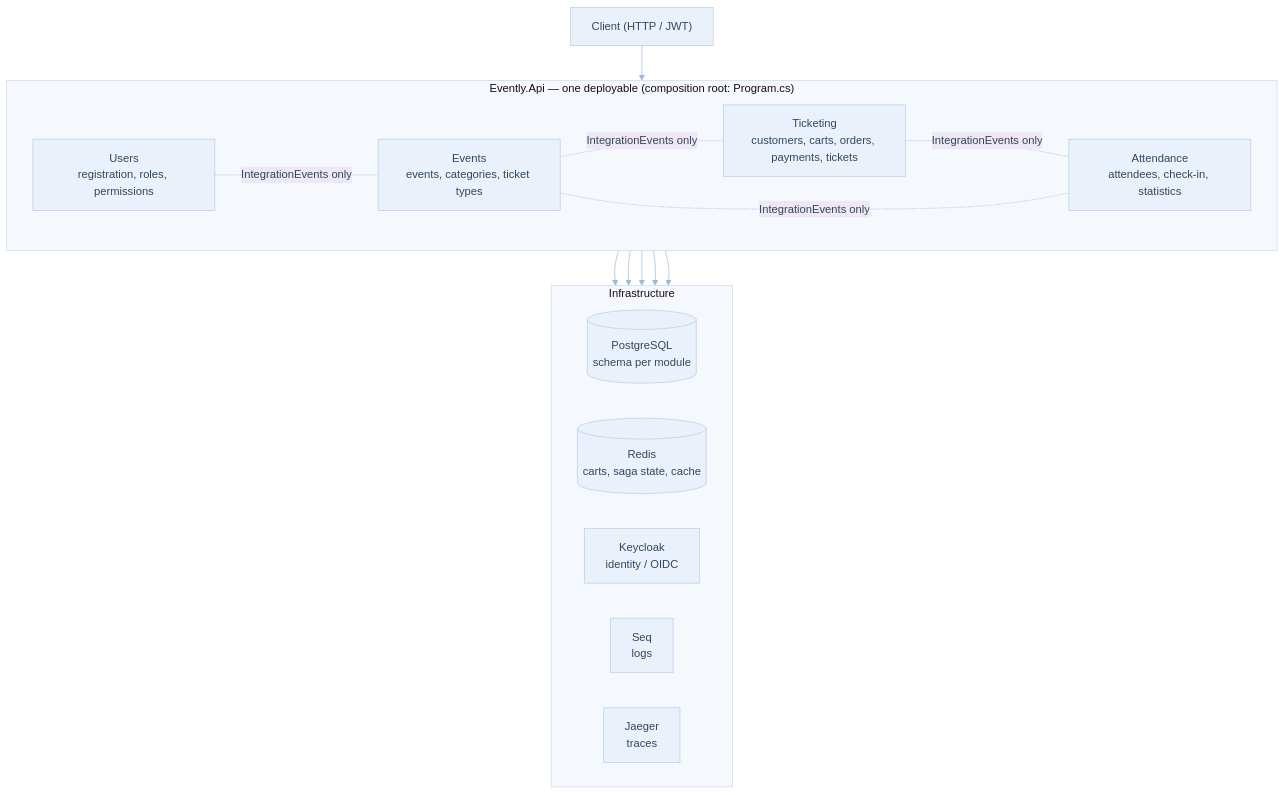
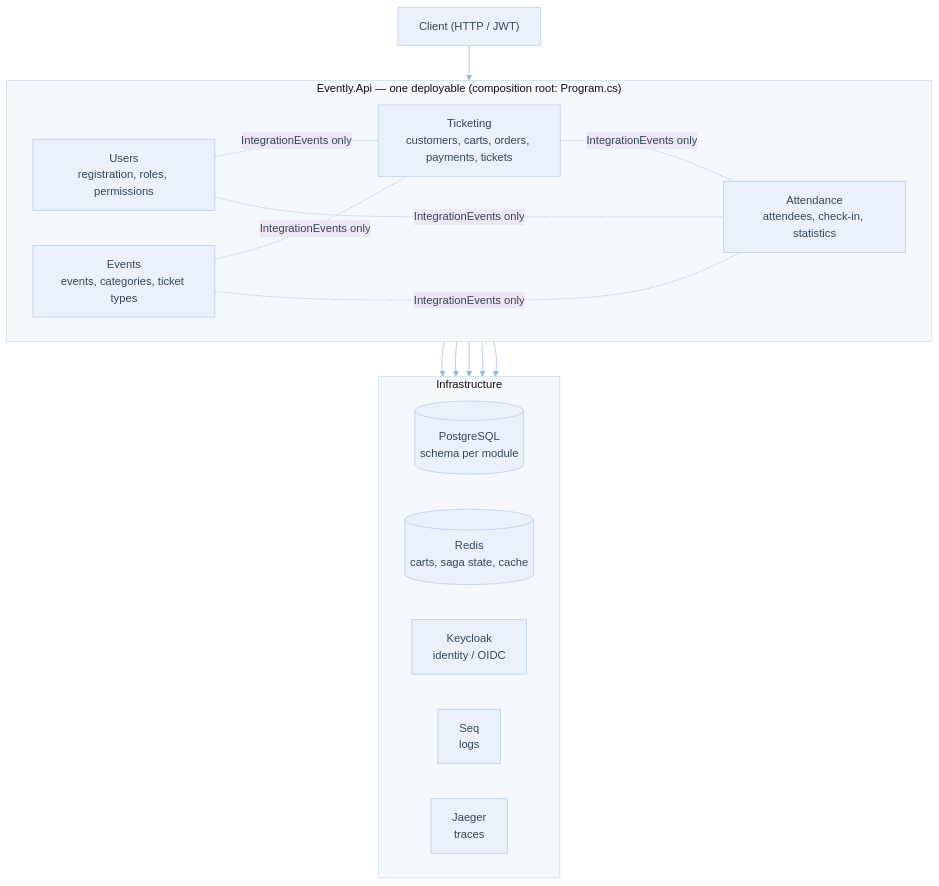
One commit to vishipayyallore/evently-engineering changed the diagram in docs/mermaid-diagrams/system-context.mmd. Above: the diagram before and after it, drawn with Mermaid. The commit also changed 1 other file, not shown here.

Commit message:
Enhance system context diagram with detailed integration-event edges for clarity

```diff
--- a/docs/mermaid-diagrams/system-context.mmd
+++ b/docs/mermaid-diagrams/system-context.mmd
@@ -1,52 +1,55 @@
 ---
 config:
   theme: base
   themeVariables:
     primaryColor: "#EAF1FB"
     primaryBorderColor: "#B7CDE8"
     primaryTextColor: "#33475B"
     lineColor: "#9FB8D6"
     secondaryColor: "#EDE7F6"
     secondaryBorderColor: "#C6BCE0"
     tertiaryColor: "#E8F5E9"
     tertiaryBorderColor: "#BBD9BE"
     clusterBkg: "#F5F8FD"
     clusterBorder: "#CBD9EC"
     noteBkgColor: "#FFF8E1"
     noteBorderColor: "#EAD9A0"
     messageTextColor: "#5B6B7B"
     fontFamily: "Segoe UI, Roboto, Helvetica, Arial, sans-serif"
 ---
 %% Evently system shape (Phase 2 target): one deployable hosting four isolated modules.
 %% In Phase 1 the same four bounded contexts exist as folders inside a single project.
 flowchart TB
     client["Client (HTTP / JWT)"]
 
     subgraph api["Evently.Api — one deployable (composition root: Program.cs)"]
         direction LR
         users["Users<br/>registration, roles, permissions"]
         events["Events<br/>events, categories, ticket types"]
         ticketing["Ticketing<br/>customers, carts, orders, payments, tickets"]
         attendance["Attendance<br/>attendees, check-in, statistics"]
     end
 
     subgraph infra["Infrastructure"]
         direction LR
         pg[("PostgreSQL<br/>schema per module")]
         redis[("Redis<br/>carts, saga state, cache")]
         keycloak["Keycloak<br/>identity / OIDC"]
         seq["Seq<br/>logs"]
         jaeger["Jaeger<br/>traces"]
     end
 
     client --> api
-    users -. "IntegrationEvents only" .- events
+    %% Integration-event edges = actual *.IntegrationEvents references in the reference impl:
+    %% Events<->Ticketing, Users->Ticketing, Users->Attendance, Events->Attendance, Ticketing->Attendance.
     events -. "IntegrationEvents only" .- ticketing
+    users -. "IntegrationEvents only" .- ticketing
+    users -. "IntegrationEvents only" .- attendance
+    events -. "IntegrationEvents only" .- attendance
     ticketing -. "IntegrationEvents only" .- attendance
-    events -. "IntegrationEvents only" .- attendance
 
     api --> pg
     api --> redis
     api --> keycloak
     api --> seq
     api --> jaeger
```
